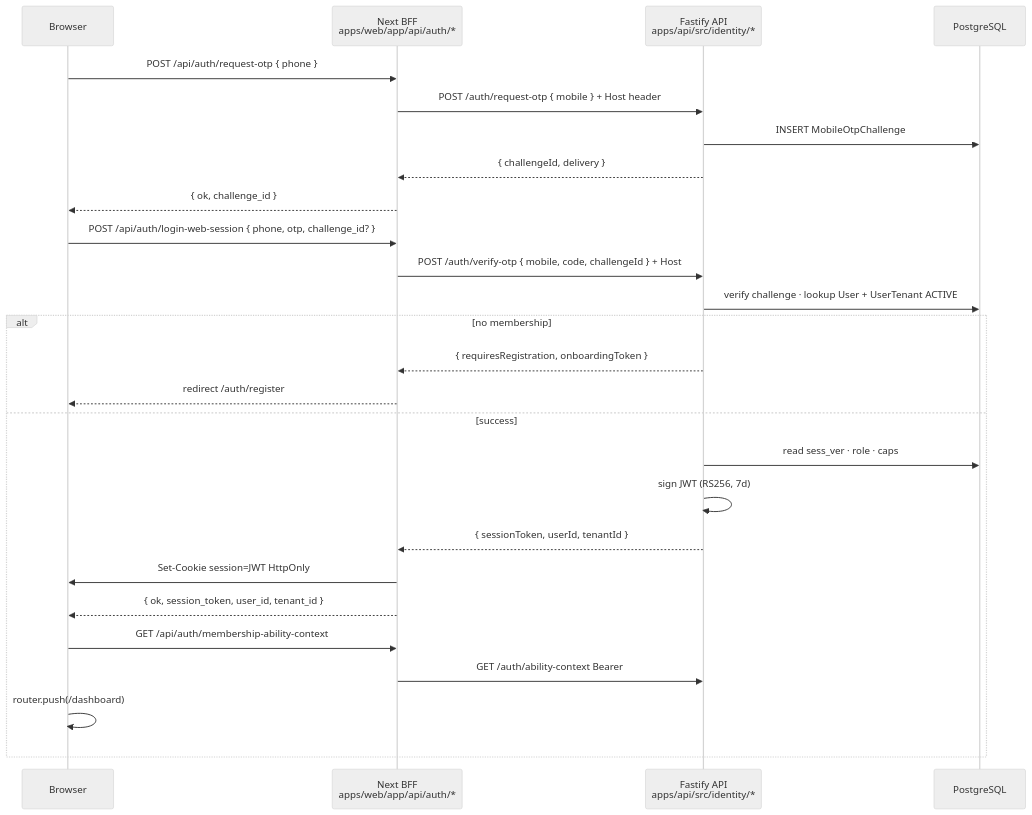
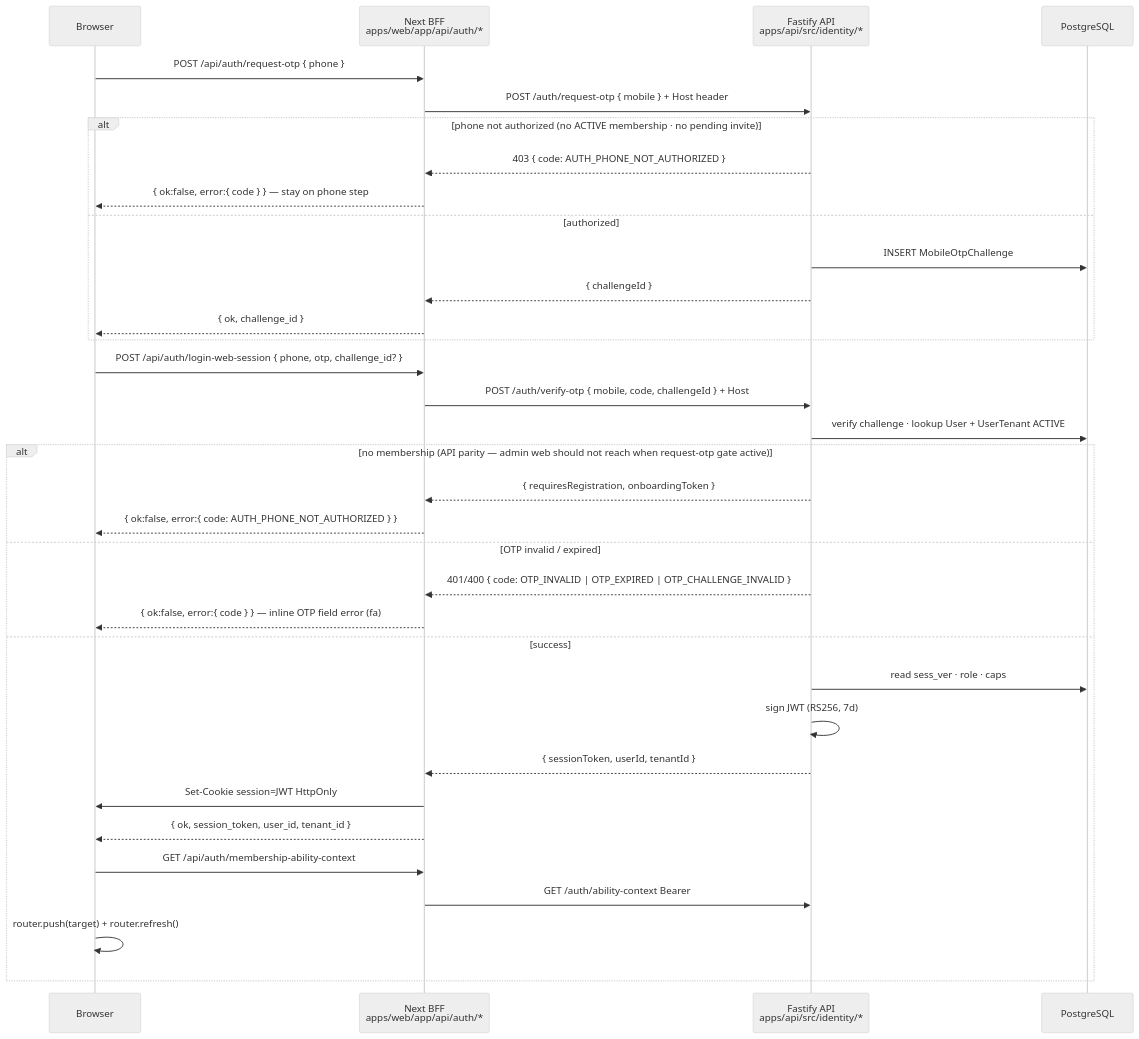
One commit to hrokhbakhsh1991/docs changed the diagram in docs/phase-9/appendices/OPERATOR-LOGIN-FLOW.md. Above: the diagram before and after it, drawn with Mermaid (neutral theme). The commit also changed other lines of this file and 110 other files, not shown here.

````diff
--- a/docs/phase-9/appendices/OPERATOR-LOGIN-FLOW.md
+++ b/docs/phase-9/appendices/OPERATOR-LOGIN-FLOW.md
@@ -53,30 +69,38 @@
 ```mermaid
 sequenceDiagram
   participant Browser
   participant BFF as Next BFF<br/>apps/web/app/api/auth/*
   participant API as Fastify API<br/>apps/api/src/identity/*
   participant DB as PostgreSQL
 
   Browser->>BFF: POST /api/auth/request-otp { phone }
   BFF->>API: POST /auth/request-otp { mobile } + Host header
-  API->>DB: INSERT MobileOtpChallenge
-  API-->>BFF: { challengeId, delivery }
-  BFF-->>Browser: { ok, challenge_id }
+  alt phone not authorized (no ACTIVE membership · no pending invite)
+    API-->>BFF: 403 { code: AUTH_PHONE_NOT_AUTHORIZED }
+    BFF-->>Browser: { ok:false, error:{ code } } — stay on phone step
+  else authorized
+    API->>DB: INSERT MobileOtpChallenge
+    API-->>BFF: { challengeId }
+    BFF-->>Browser: { ok, challenge_id }
+  end
 
   Browser->>BFF: POST /api/auth/login-web-session { phone, otp, challenge_id? }
   BFF->>API: POST /auth/verify-otp { mobile, code, challengeId } + Host
   API->>DB: verify challenge · lookup User + UserTenant ACTIVE
-  alt no membership
+  alt no membership (API parity — admin web should not reach when request-otp gate active)
     API-->>BFF: { requiresRegistration, onboardingToken }
-    BFF-->>Browser: redirect /auth/register
+    BFF-->>Browser: { ok:false, error:{ code: AUTH_PHONE_NOT_AUTHORIZED } }
+  else OTP invalid / expired
+    API-->>BFF: 401/400 { code: OTP_INVALID | OTP_EXPIRED | OTP_CHALLENGE_INVALID }
+    BFF-->>Browser: { ok:false, error:{ code } } — inline OTP field error (fa)
   else success
     API->>DB: read sess_ver · role · caps
     API->>API: sign JWT (RS256, 7d)
     API-->>BFF: { sessionToken, userId, tenantId }
     BFF->>Browser: Set-Cookie session=JWT HttpOnly
     BFF-->>Browser: { ok, session_token, user_id, tenant_id }
     Browser->>BFF: GET /api/auth/membership-ability-context
     BFF->>API: GET /auth/ability-context Bearer
-    Browser->>Browser: router.push(/dashboard)
+    Browser->>Browser: router.push(target) + router.refresh()
   end
 ```
````
